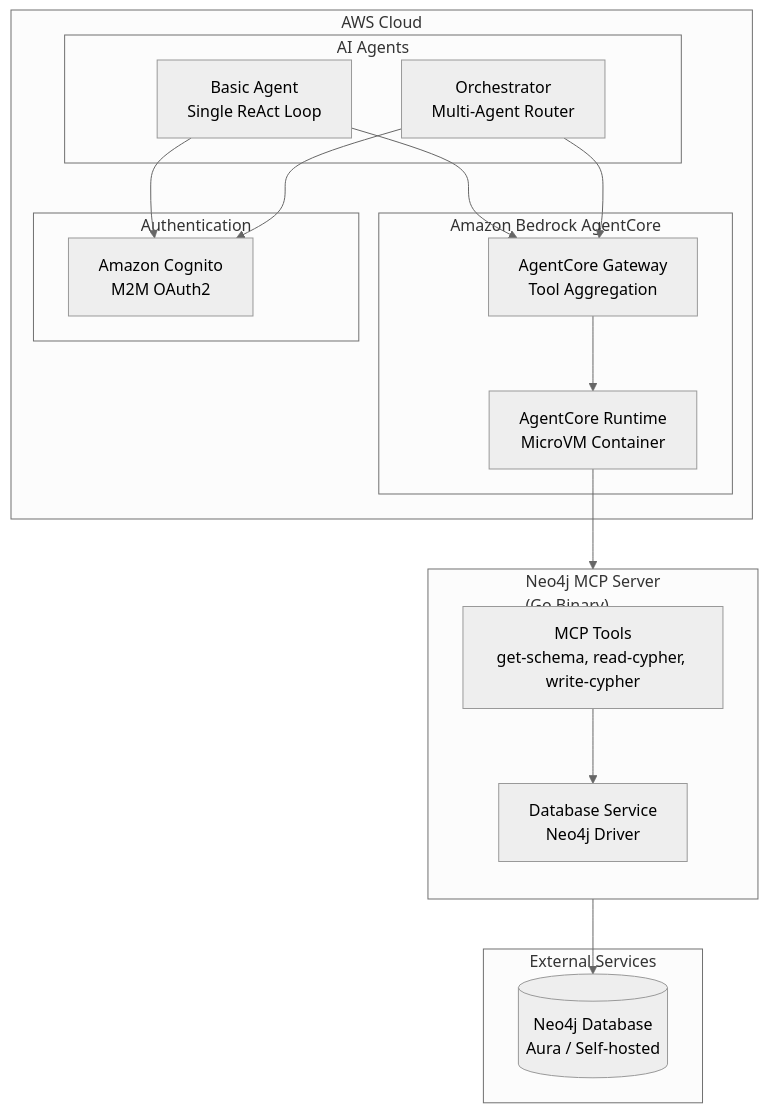
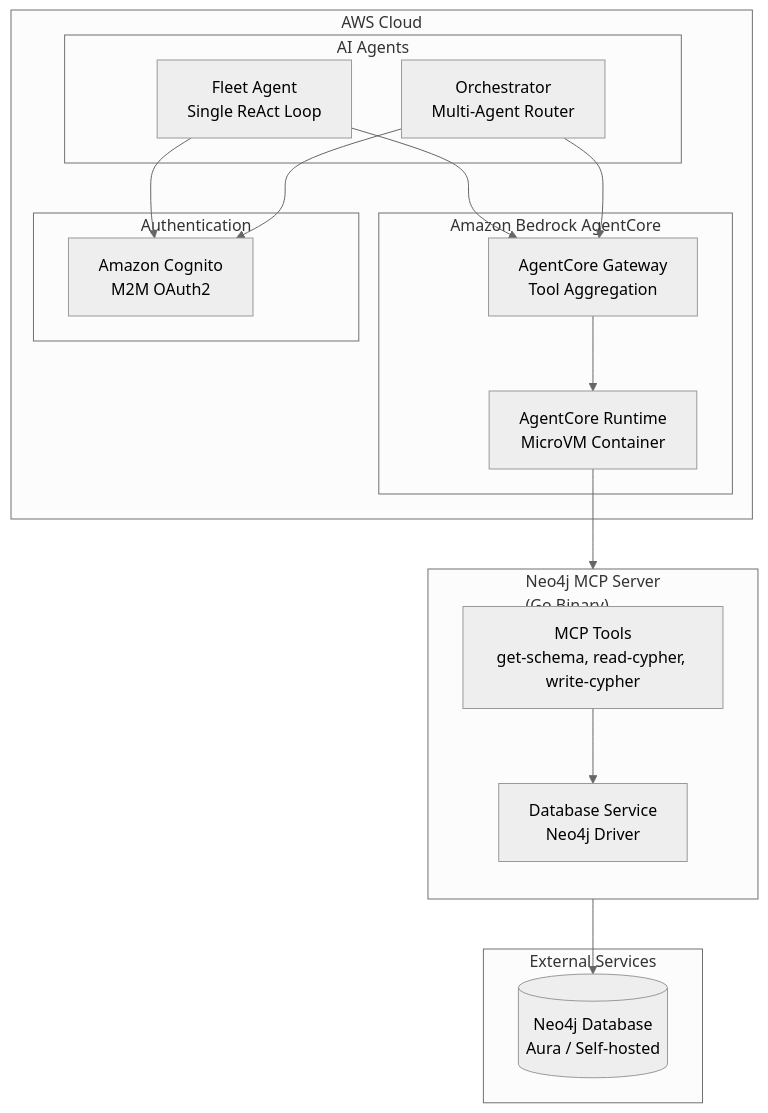
Before and after one commit to neo4j-partners/aws-starter: the first of 10 diagrams in docs/ARCHITECTURE.md, drawn with Mermaid (neutral theme). The commit also changed other lines of this file and 62 other files, not shown here.

````diff
--- a/docs/ARCHITECTURE.md
+++ b/docs/ARCHITECTURE.md
@@ -28,37 +28,37 @@
 ```mermaid
 flowchart TB
     subgraph External["External Services"]
         NEO4J[(Neo4j Database<br/>Aura / Self-hosted)]
     end
 
     subgraph MCP["Neo4j MCP Server<br/>(Go Binary)"]
         direction TB
         TOOLS[MCP Tools<br/>get-schema, read-cypher, write-cypher]
         DB_SVC[Database Service<br/>Neo4j Driver]
         TOOLS --> DB_SVC
     end
 
     subgraph AWS["AWS Cloud"]
         subgraph AgentCore["Amazon Bedrock AgentCore"]
             RUNTIME[AgentCore Runtime<br/>MicroVM Container]
             GATEWAY[AgentCore Gateway<br/>Tool Aggregation]
         end
 
         subgraph Agents["AI Agents"]
-            BASIC[Basic Agent<br/>Single ReAct Loop]
+            FLEET[Fleet Agent<br/>Single ReAct Loop]
             ORCH[Orchestrator<br/>Multi-Agent Router]
         end
 
         subgraph Auth["Authentication"]
             COGNITO[Amazon Cognito<br/>M2M OAuth2]
         end
     end
 
     RUNTIME --> MCP
     MCP --> NEO4J
     GATEWAY --> RUNTIME
-    BASIC --> GATEWAY
+    FLEET --> GATEWAY
     ORCH --> GATEWAY
-    BASIC --> COGNITO
+    FLEET --> COGNITO
     ORCH --> COGNITO
 ```
````
